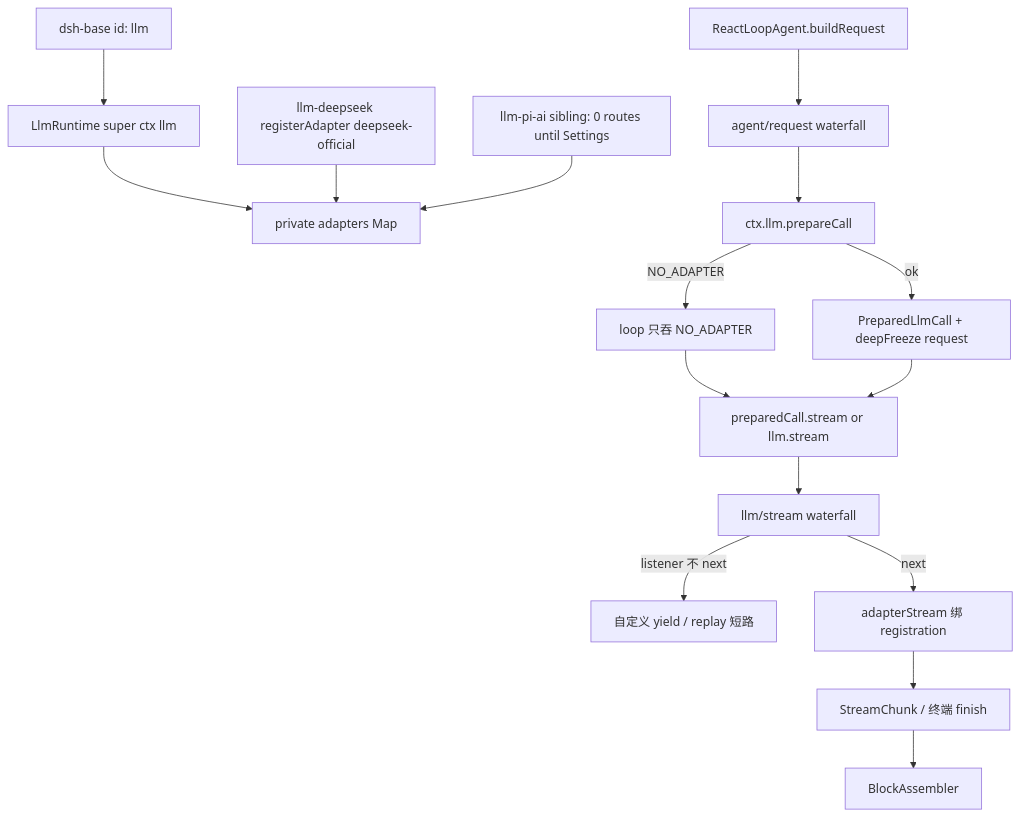
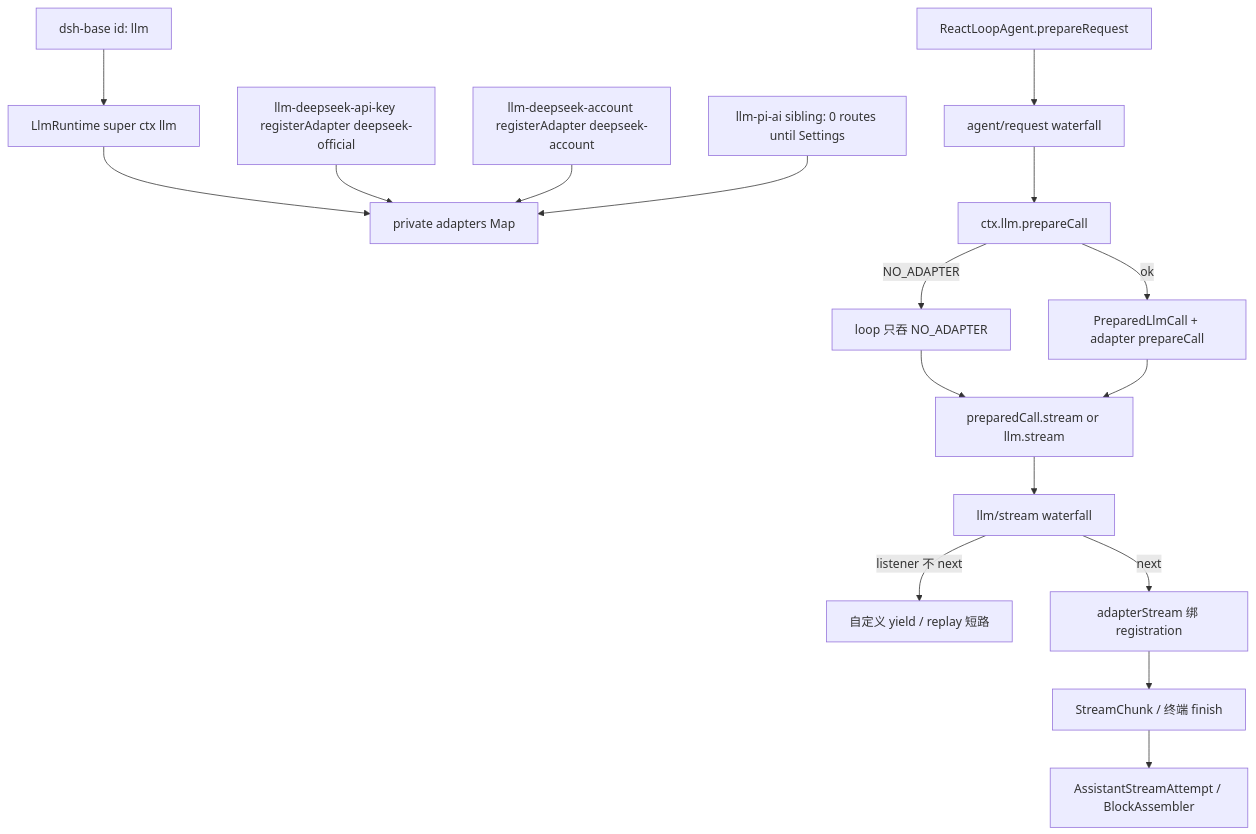
One commit to wdnmdtonyma/SOTA-Agent-LLM-Wiki changed the diagram in docs/llm-wiki/deepseek-harness/subsystems/llm/service.md. Above: the diagram before and after it, drawn with Mermaid. The commit also changed other lines of this file and 237 other files, not shown here.

````diff
--- a/docs/llm-wiki/deepseek-harness/subsystems/llm/service.md
+++ b/docs/llm-wiki/deepseek-harness/subsystems/llm/service.md
@@ -131,18 +136,19 @@
 ```mermaid
 flowchart TD
   Base["dsh-base id: llm"] --> Ctor["LlmRuntime super ctx llm"]
   Ctor --> Map["private adapters Map"]
-  DS["llm-deepseek registerAdapter deepseek-official"] --> Map
+  DS["llm-deepseek-api-key registerAdapter deepseek-official"] --> Map
+  Acc["llm-deepseek-account registerAdapter deepseek-account"] --> Map
   PI["llm-pi-ai sibling: 0 routes until Settings"] --> Map
-  Loop["ReactLoopAgent.buildRequest"] --> WaterReq["agent/request waterfall"]
+  Loop["ReactLoopAgent.prepareRequest"] --> WaterReq["agent/request waterfall"]
   WaterReq --> Prep["ctx.llm.prepareCall"]
   Prep -->|NO_ADAPTER| Swallow["loop 只吞 NO_ADAPTER"]
-  Prep -->|ok| Frozen["PreparedLlmCall + deepFreeze request"]
+  Prep -->|ok| Frozen["PreparedLlmCall + adapter prepareCall"]
   Swallow --> Dispatch["preparedCall.stream or llm.stream"]
   Frozen --> Dispatch
   Dispatch --> Water["llm/stream waterfall"]
   Water -->|listener 不 next| Short["自定义 yield / replay 短路"]
   Water -->|next| Adapter["adapterStream 绑 registration"]
   Adapter --> Chunks["StreamChunk / 终端 finish"]
-  Chunks --> Asm["BlockAssembler"]
+  Chunks --> Asm["AssistantStreamAttempt / BlockAssembler"]
 ```
````
